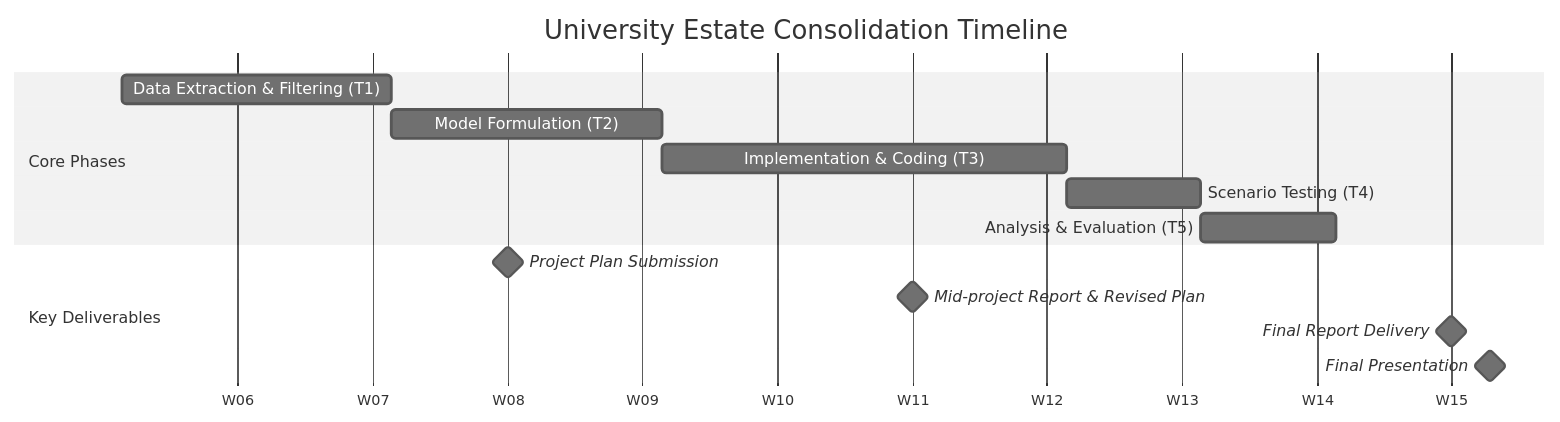
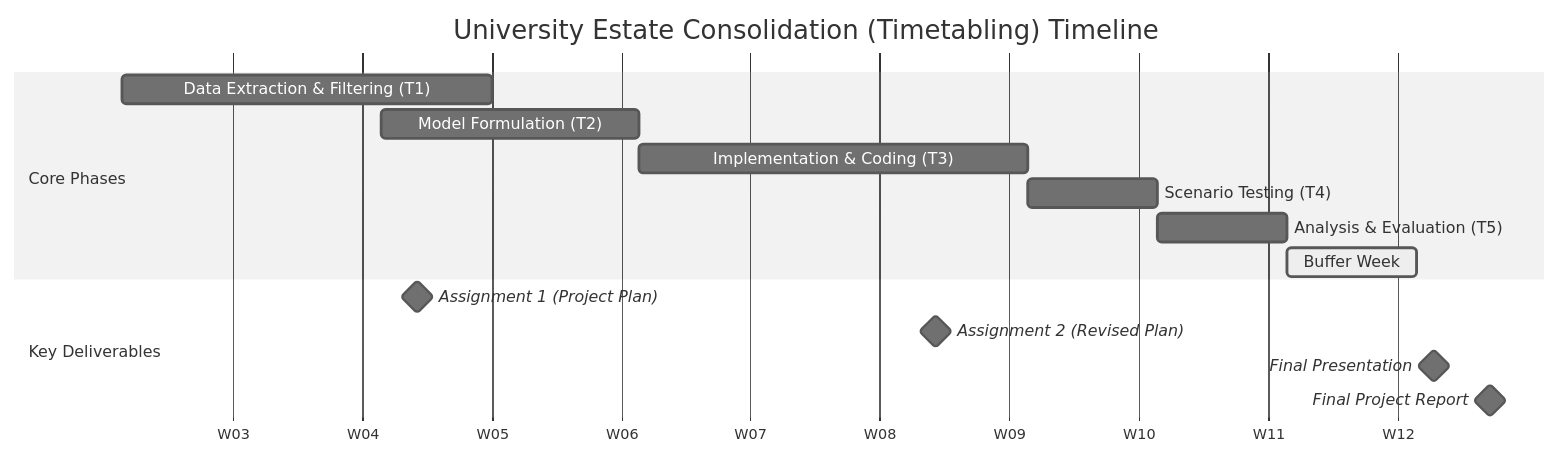
Before and after one commit to Selina-499/Topics-Timetabling: the diagram in Assignment1.md, drawn with Mermaid (neutral theme). The commit also changed other lines of this file, not shown here.

Commit message:
Final Edits to document and Gannt chart

````diff
--- a/Assignment1.md
+++ b/Assignment1.md
@@ -32,19 +32,21 @@
 ```mermaid
 gantt
-    title University Estate Consolidation Timeline
+    title University Estate Consolidation (Timetabling) Timeline
     dateFormat  YYYY-MM-DD
-    axisFormat  W%V
+    axisFormat  W%W
+    todayMarker off
     
     section Core Phases
-    Data Extraction & Filtering (T1) :a1, 2024-02-05, 14d
-    Model Formulation (T2)           :a2, after a1, 14d
+    Data Extraction & Filtering (T1) :a1, 2026-01-19, 20d
+    Model Formulation (T2)           :a2, 2026-02-02, 14d
     Implementation & Coding (T3)     :a3, after a2, 21d
     Scenario Testing (T4)            :a4, after a3, 7d
     Analysis & Evaluation (T5)       :a5, after a4, 7d
+    Buffer Week                      :active, b1, 2026-03-23, 7d
 
     section Key Deliverables
-    Project Plan Submission          :milestone, m1, 2024-02-25, 0d
-    Mid-project Report & Revised Plan :milestone, m2, 2024-03-17, 0d
-    Final Report Delivery            :milestone, m3, 2024-04-14, 0d
-    Final Presentation               :milestone, m4, 2024-04-16, 0d
+    Assignment 1 (Project Plan)      :milestone, m1, 2026-02-04, 0d
+    Assignment 2 (Revised Plan)      :milestone, m2, 2026-03-04, 0d
+    Final Presentation               :milestone, m4, 2026-03-31, 0d
+    Final Project Report             :milestone, m3, 2026-04-03, 0d
 ```
````
